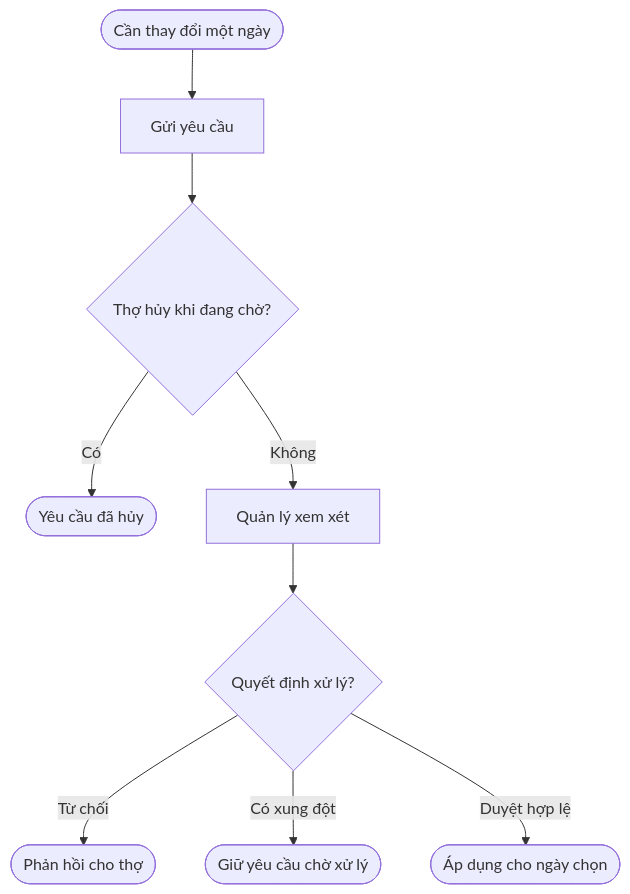
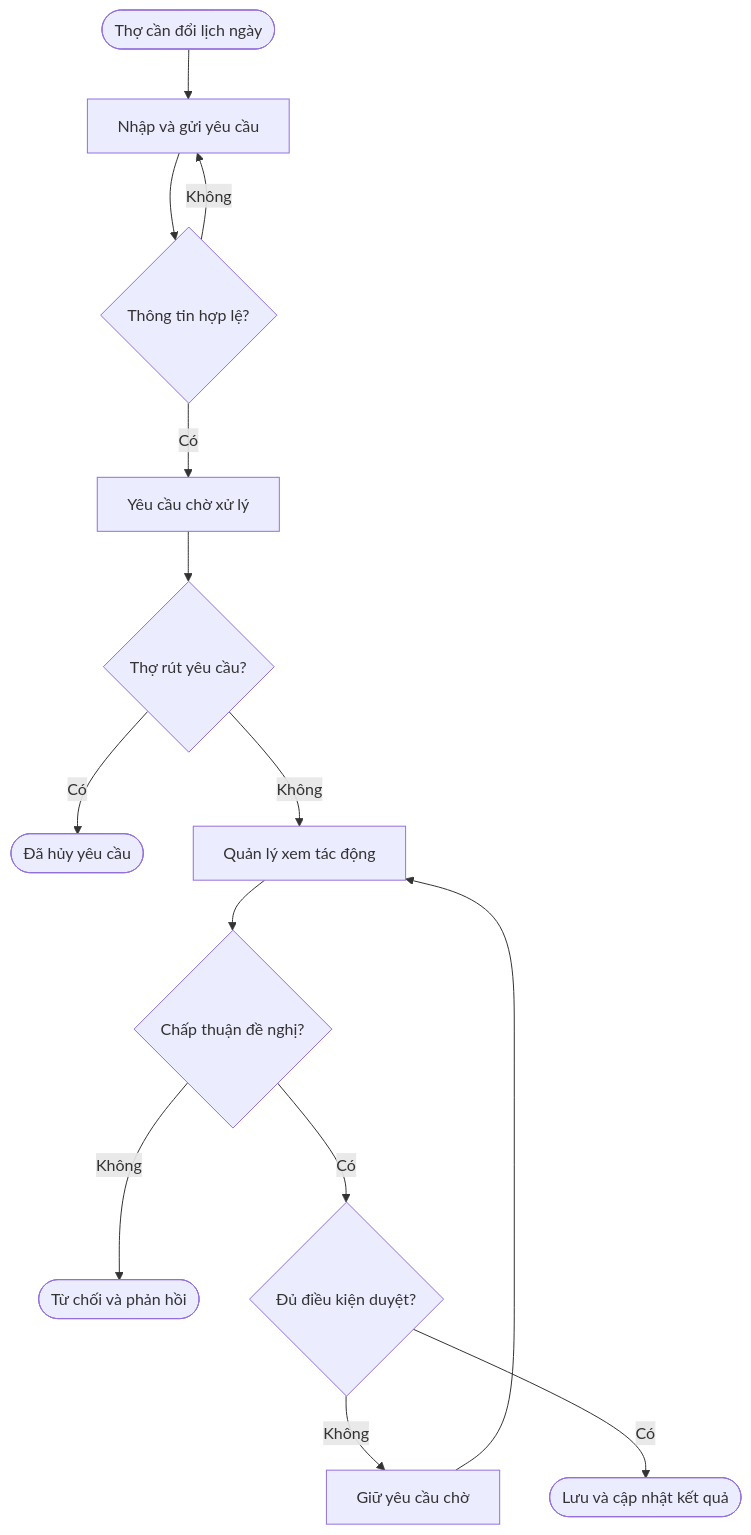
The fourth of 10 diagrams in nexora/docs/business/pos-staff-schedule-booking-frontend-upgrade.md (vlink-group/VlinkPay), drawn with Mermaid before and after one commit. The commit also changed other lines of this file, not shown here.

````diff
--- a/nexora/docs/business/pos-staff-schedule-booking-frontend-upgrade.md
+++ b/nexora/docs/business/pos-staff-schedule-booking-frontend-upgrade.md
@@ -209,11 +226,16 @@
 ```mermaid
 flowchart TD
-    A([Cần thay đổi một ngày]) --> B[Gửi yêu cầu]
-    B --> C{Thợ hủy khi đang chờ?}
-    C -- Có --> D([Yêu cầu đã hủy])
-    C -- Không --> E[Quản lý xem xét]
-    E --> F{Quyết định xử lý?}
-    F -- Từ chối --> G([Phản hồi cho thợ])
-    F -- Có xung đột --> H([Giữ yêu cầu chờ xử lý])
-    F -- Duyệt hợp lệ --> I([Áp dụng cho ngày chọn])
+    A([Thợ cần đổi lịch ngày]) --> B[Nhập và gửi yêu cầu]
+    B --> C{Thông tin hợp lệ?}
+    C -- Không --> B
+    C -- Có --> D[Yêu cầu chờ xử lý]
+    D --> E{Thợ rút yêu cầu?}
+    E -- Có --> F([Đã hủy yêu cầu])
+    E -- Không --> G[Quản lý xem tác động]
+    G --> H{Chấp thuận đề nghị?}
+    H -- Không --> I([Từ chối và phản hồi])
+    H -- Có --> J{Đủ điều kiện duyệt?}
+    J -- Không --> K[Giữ yêu cầu chờ]
+    K --> G
+    J -- Có --> L([Lưu và cập nhật kết quả])
 ```
````
